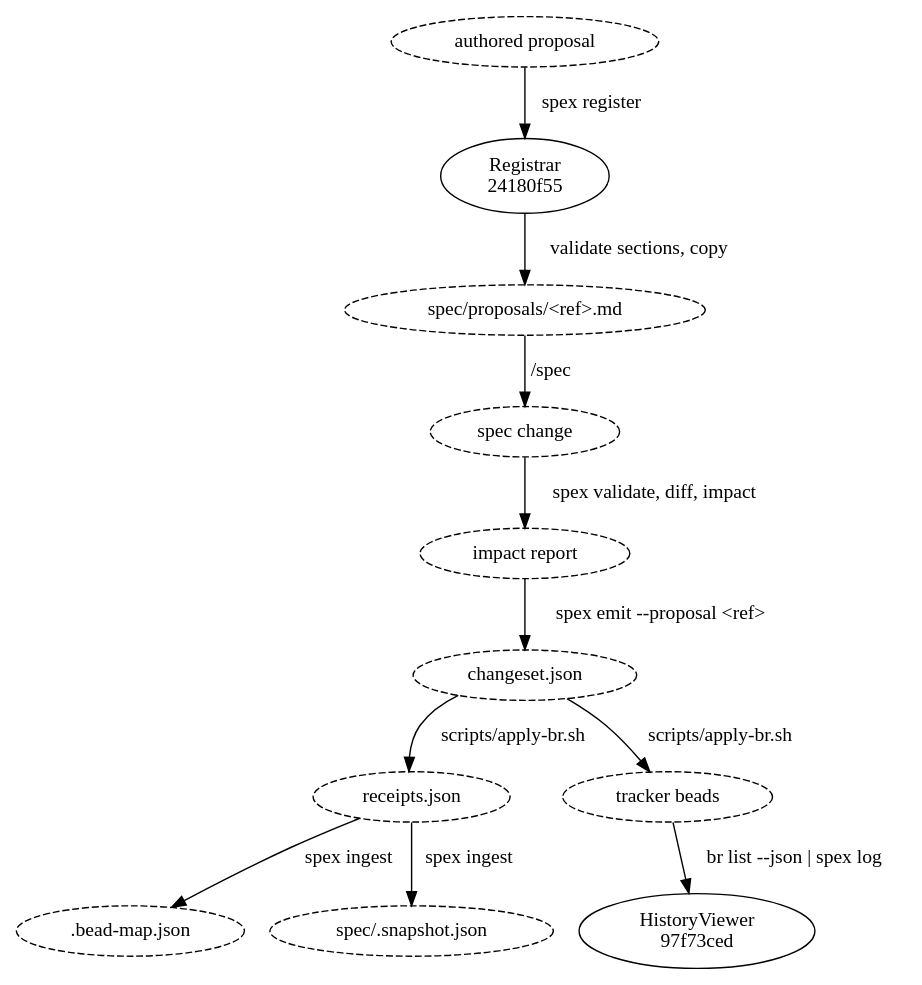
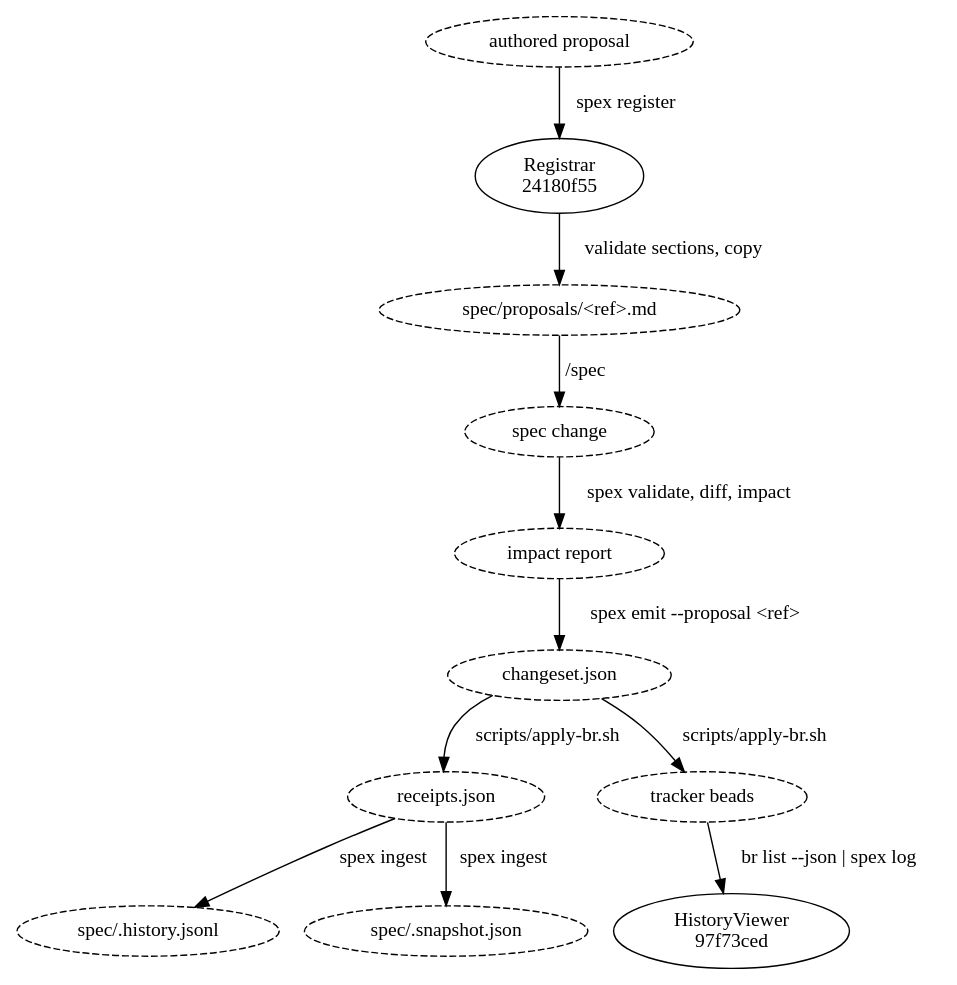
The diagram in spec/proposal/flow_proposal_lifecycle.md (dmitriyb/spexmachina), drawn with Graphviz before and after one commit. The commit also changed other lines of this file and 64 other files, not shown here.

````diff
--- a/spec/proposal/flow_proposal_lifecycle.md
+++ b/spec/proposal/flow_proposal_lifecycle.md
@@ -5,26 +5,26 @@
 ```dot
 digraph proposal_lifecycle {
     "authored proposal"       [style=dashed];
     "24180f55c0b4"            [label="Registrar\n24180f55"];
     "spec/proposals/<ref>.md" [style=dashed];
     "spec change"             [style=dashed];
     "impact report"           [style=dashed];
     "changeset.json"          [style=dashed];
     "receipts.json"           [style=dashed];
     "tracker beads"           [style=dashed];
-    ".bead-map.json"          [style=dashed];
+    "spec/.history.jsonl"     [style=dashed];
     "spec/.snapshot.json"     [style=dashed];
     "97f73ced5a02"            [label="HistoryViewer\n97f73ced"];
 
     "authored proposal"       -> "24180f55c0b4"            [label="spex register"];
     "24180f55c0b4"            -> "spec/proposals/<ref>.md" [label="validate sections, copy"];
     "spec/proposals/<ref>.md" -> "spec change"             [label="/spec"];
     "spec change"             -> "impact report"           [label="spex validate, diff, impact"];
     "impact report"           -> "changeset.json"          [label="spex emit --proposal <ref>"];
     "changeset.json"          -> "tracker beads"           [label="scripts/apply-br.sh"];
     "changeset.json"          -> "receipts.json"           [label="scripts/apply-br.sh"];
-    "receipts.json"           -> ".bead-map.json"          [label="spex ingest"];
+    "receipts.json"           -> "spec/.history.jsonl"     [label="spex ingest"];
     "receipts.json"           -> "spec/.snapshot.json"     [label="spex ingest"];
     "tracker beads"           -> "97f73ced5a02"            [label="br list --json | spex log"];
 }
 ```
````
